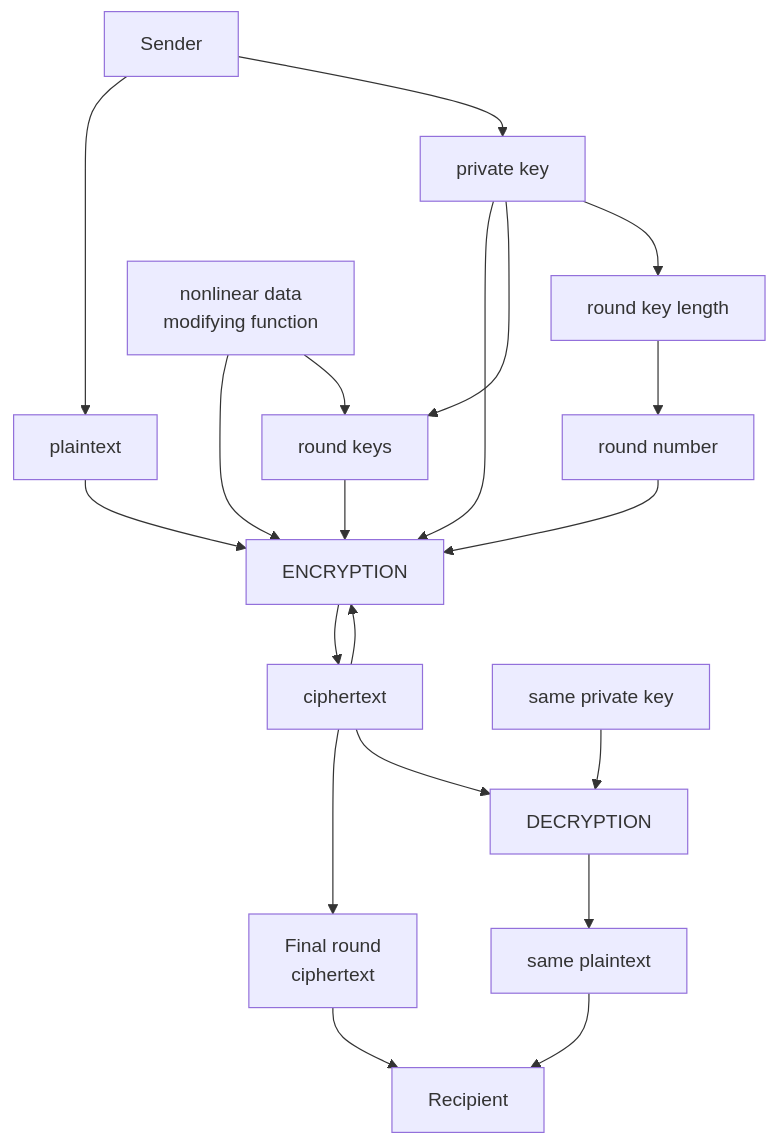
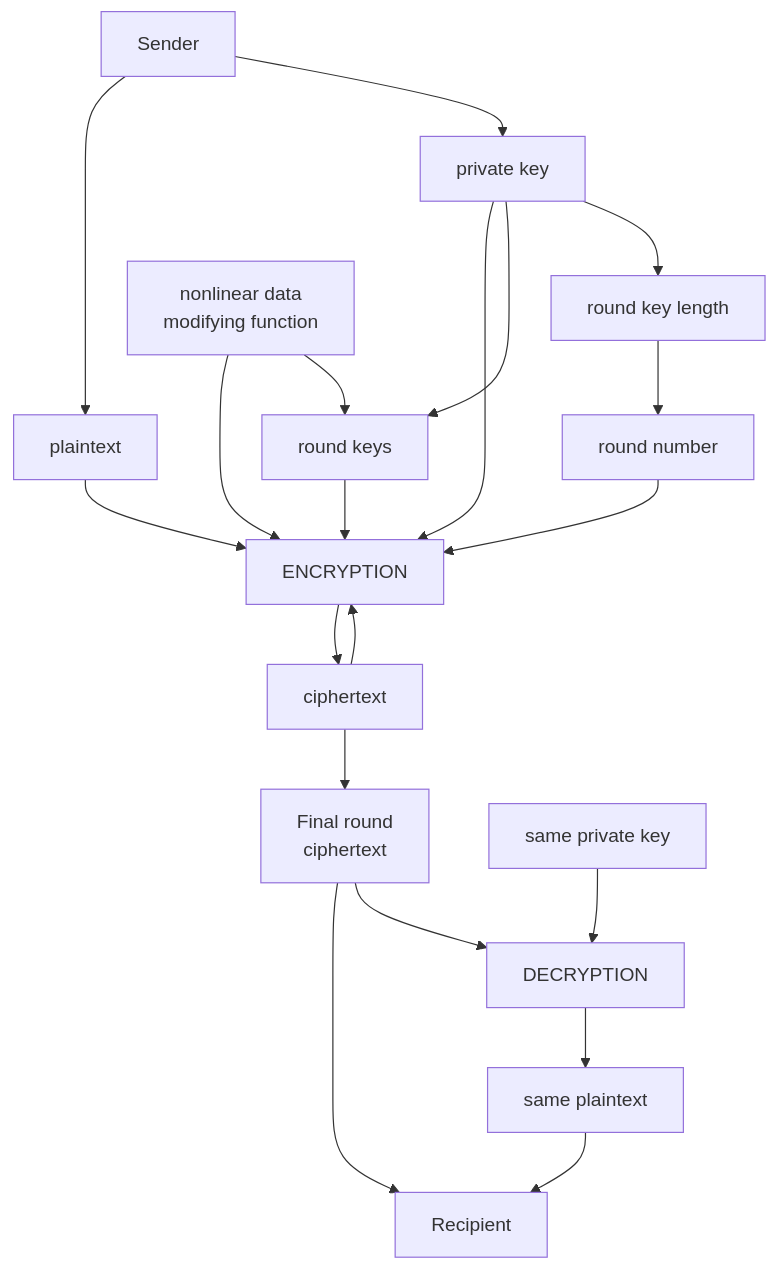
Before and after one commit to Kietpawpan/encryption: the diagram in README.md, drawn with Mermaid.

````diff
--- a/README.md
+++ b/README.md
@@ -5,13 +5,13 @@
 ```mermaid
 flowchart TD
     A[Sender] --> B[plaintext]-->D
     C[private key]-->D[ENCRYPTION]-->E[ciphertext]-->D
     E-->FN[Final round\nciphertext]-->F[Recipient]
     C2[same private key]-->G[DECRYPTION]-->I[same plaintext]-->F
-     E-->G
+     FN-->G
 A-->C
 C-->RK[round keys]-->D
 C-->RKL[round key length]-->RN[round number]-->D
 FC[nonlinear data \nmodifying function]-->D
 FC-->RK
 ```
````
